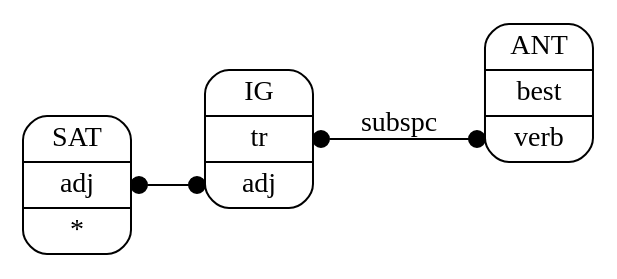
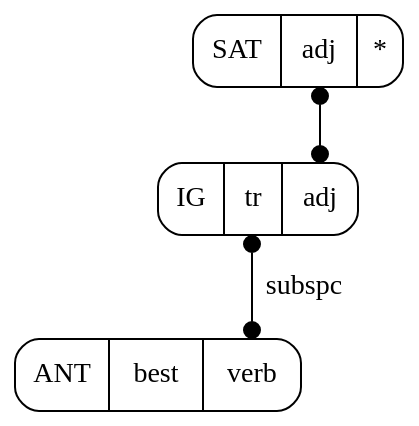
One commit to reta-lernejo/relo-programado changed the diagram in assets/bld/satigant.dot. Above: the diagram before and after it, drawn with Graphviz. The commit also changed 2 other files, not shown here.

```diff
--- a/assets/bld/satigant.dot
+++ b/assets/bld/satigant.dot
@@ -1,9 +1,10 @@
 digraph structs {
-    rankdir=RL
+    rankdir=BT
+    bgcolor=transparent
     node [shape=Mrecord];
     sat [label="SAT|<s_sat>adj|*"];
     ig [label="IG|<s_ig>tr|<a_ig>adj"];
     ant [label="ANT|<s_ant>best|<a_ant>verb"];
     ig:a_ig -> sat:s_sat [dir=both,arrowhead=dot,arrowtail=dot]
     ant:a_ant -> ig:s_ig [label=subspc,dir=both,arrowhead=dot,arrowtail=dot]
 }
```
